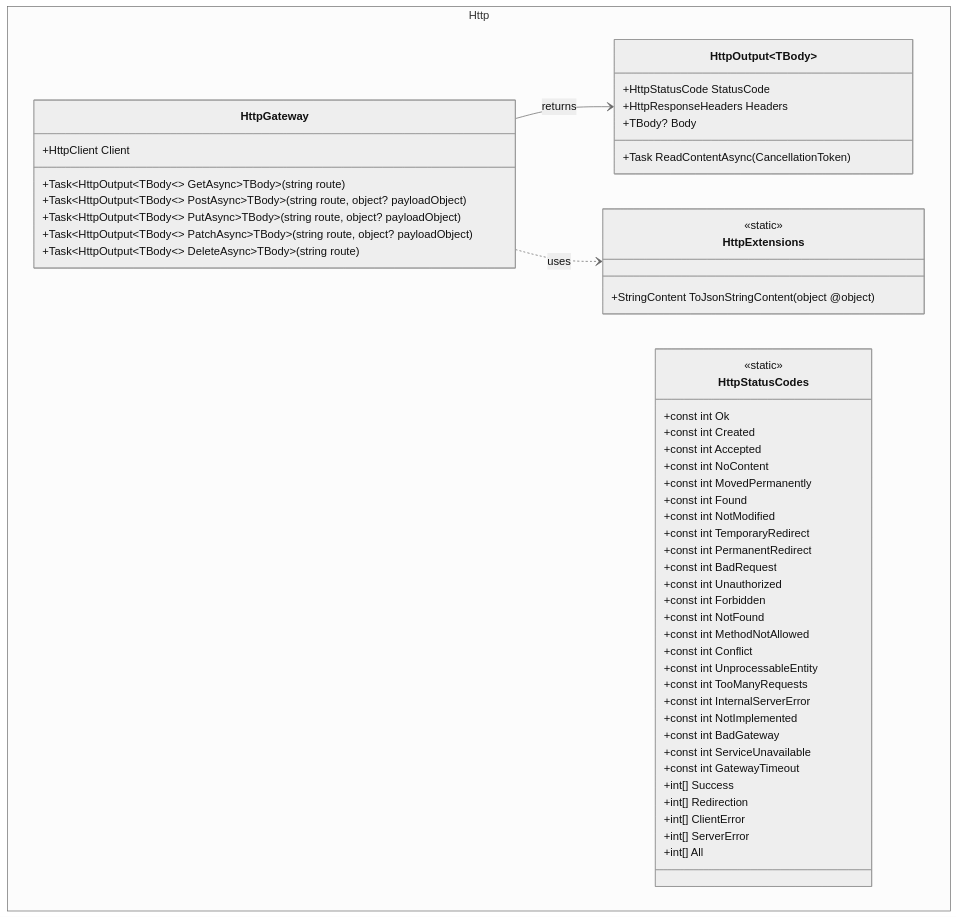
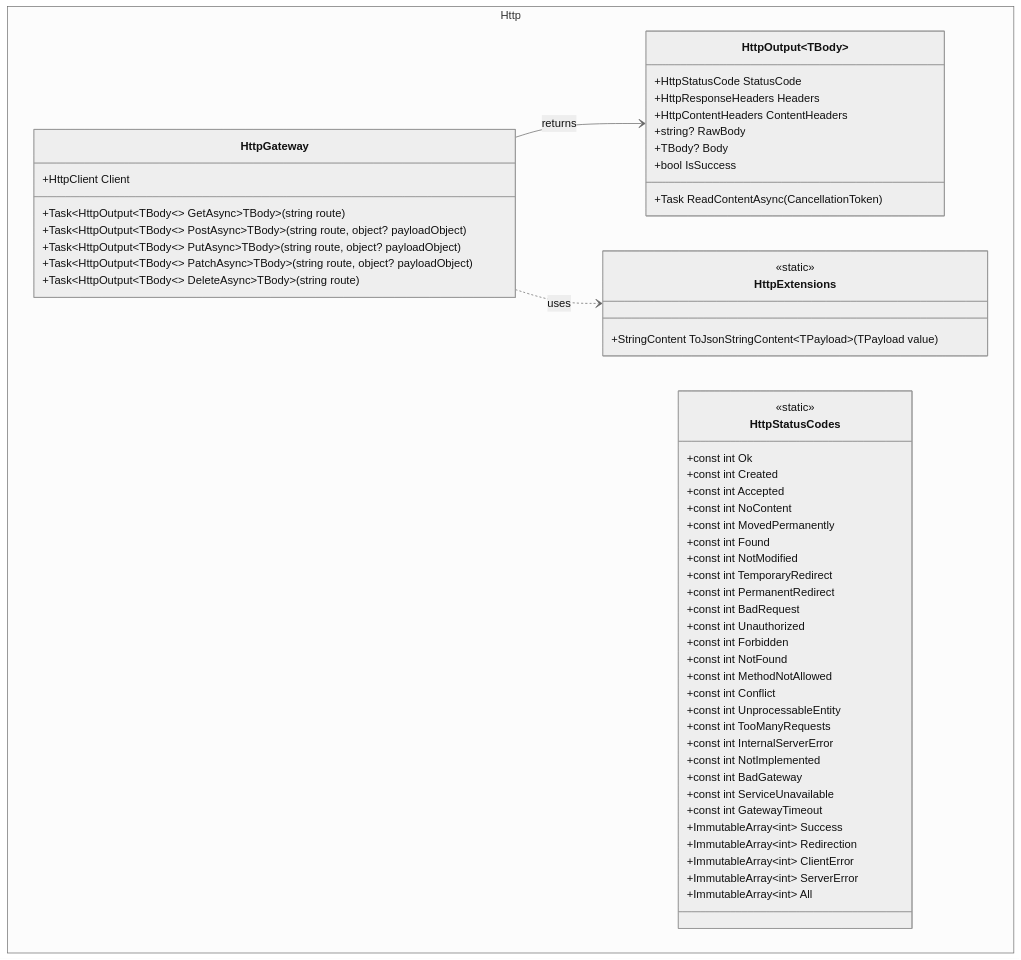
Before and after one commit to artur-rios/dotnet-util: the diagram in docs/content/en/docs/http.md, drawn with Mermaid (neutral theme). The commit also changed 17 other files, not shown here.

````diff
--- a/docs/content/en/docs/http.md
+++ b/docs/content/en/docs/http.md
@@ -17,55 +17,58 @@
 ```mermaid
 classDiagram
     namespace Http {
         class HttpGateway {
             +HttpClient Client
             +Task~HttpOutput~TBody~~ GetAsync~TBody~(string route)
             +Task~HttpOutput~TBody~~ PostAsync~TBody~(string route, object? payloadObject)
             +Task~HttpOutput~TBody~~ PutAsync~TBody~(string route, object? payloadObject)
             +Task~HttpOutput~TBody~~ PatchAsync~TBody~(string route, object? payloadObject)
             +Task~HttpOutput~TBody~~ DeleteAsync~TBody~(string route)
         }
         class HttpOutput~TBody~ {
             +HttpStatusCode StatusCode
             +HttpResponseHeaders Headers
+            +HttpContentHeaders ContentHeaders
+            +string? RawBody
             +TBody? Body
+            +bool IsSuccess
             +Task ReadContentAsync(CancellationToken)
         }
         class HttpExtensions {
             <<static>>
-            +StringContent ToJsonStringContent(object @object)
+            +StringContent ToJsonStringContent~TPayload~(TPayload value)
         }
         class HttpStatusCodes {
             <<static>>
             +const int Ok
             +const int Created
             +const int Accepted
             +const int NoContent
             +const int MovedPermanently
             +const int Found
             +const int NotModified
             +const int TemporaryRedirect
             +const int PermanentRedirect
             +const int BadRequest
             +const int Unauthorized
             +const int Forbidden
             +const int NotFound
             +const int MethodNotAllowed
             +const int Conflict
             +const int UnprocessableEntity
             +const int TooManyRequests
             +const int InternalServerError
             +const int NotImplemented
             +const int BadGateway
             +const int ServiceUnavailable
             +const int GatewayTimeout
-            +int[] Success
-            +int[] Redirection
-            +int[] ClientError
-            +int[] ServerError
-            +int[] All
+            +ImmutableArray~int~ Success
+            +ImmutableArray~int~ Redirection
+            +ImmutableArray~int~ ClientError
+            +ImmutableArray~int~ ServerError
+            +ImmutableArray~int~ All
         }
     }
     HttpGateway --> HttpOutput : returns
     HttpGateway ..> HttpExtensions : uses
 ```
````
